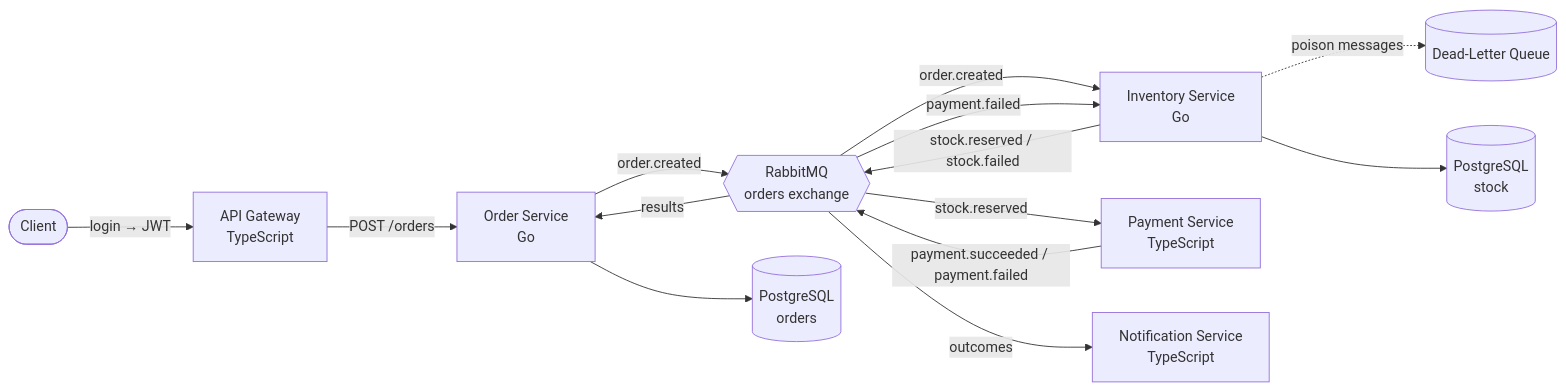
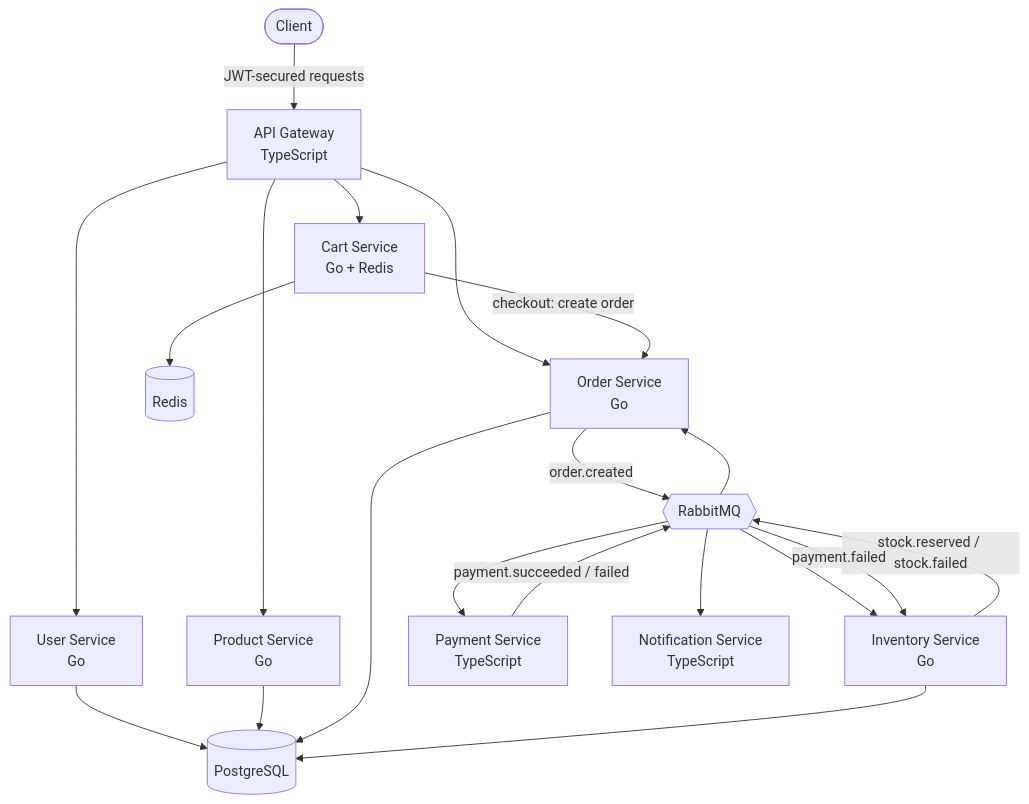
Before and after one commit to sadikavllaj55/event-driven-ecommerce: the diagram in README.md, drawn with Mermaid. The commit also changed other lines of this file, not shown here.

````diff
--- a/README.md
+++ b/README.md
@@ -17,19 +19,25 @@
 ```mermaid
-flowchart LR
-    Client([Client]) -->|login → JWT| Gateway[API Gateway<br/>TypeScript]
-    Gateway -->|POST /orders| Order[Order Service<br/>Go]
+flowchart TD
+    Client([Client]) -->|JWT-secured requests| Gateway[API Gateway<br/>TypeScript]
 
-    Order -->|order.created| RMQ{{RabbitMQ<br/>orders exchange}}
-    RMQ -->|order.created| Inventory[Inventory Service<br/>Go]
+    Gateway --> User[User Service<br/>Go]
+    Gateway --> Product[Product Service<br/>Go]
+    Gateway --> Cart[Cart Service<br/>Go + Redis]
+    Gateway --> Order[Order Service<br/>Go]
+
+    Cart -->|checkout: create order| Order
+    Order -->|order.created| RMQ{{RabbitMQ}}
+    RMQ --> Inventory[Inventory Service<br/>Go]
     Inventory -->|stock.reserved / stock.failed| RMQ
-    RMQ -->|stock.reserved| Payment[Payment Service<br/>TypeScript]
-    Payment -->|payment.succeeded / payment.failed| RMQ
-    RMQ -->|results| Order
+    RMQ --> Payment[Payment Service<br/>TypeScript]
+    Payment -->|payment.succeeded / failed| RMQ
+    RMQ --> Order
     RMQ -->|payment.failed| Inventory
-    RMQ -->|outcomes| Notification[Notification Service<br/>TypeScript]
+    RMQ --> Notification[Notification Service<br/>TypeScript]
 
-    Inventory -.->|poison messages| DLQ[(Dead-Letter Queue)]
-
-    Order --> DB1[(PostgreSQL<br/>orders)]
-    Inventory --> DB2[(PostgreSQL<br/>stock)]
+    User --> PG[(PostgreSQL)]
+    Product --> PG
+    Order --> PG
+    Inventory --> PG
+    Cart --> Redis[(Redis)]
 ```
````
